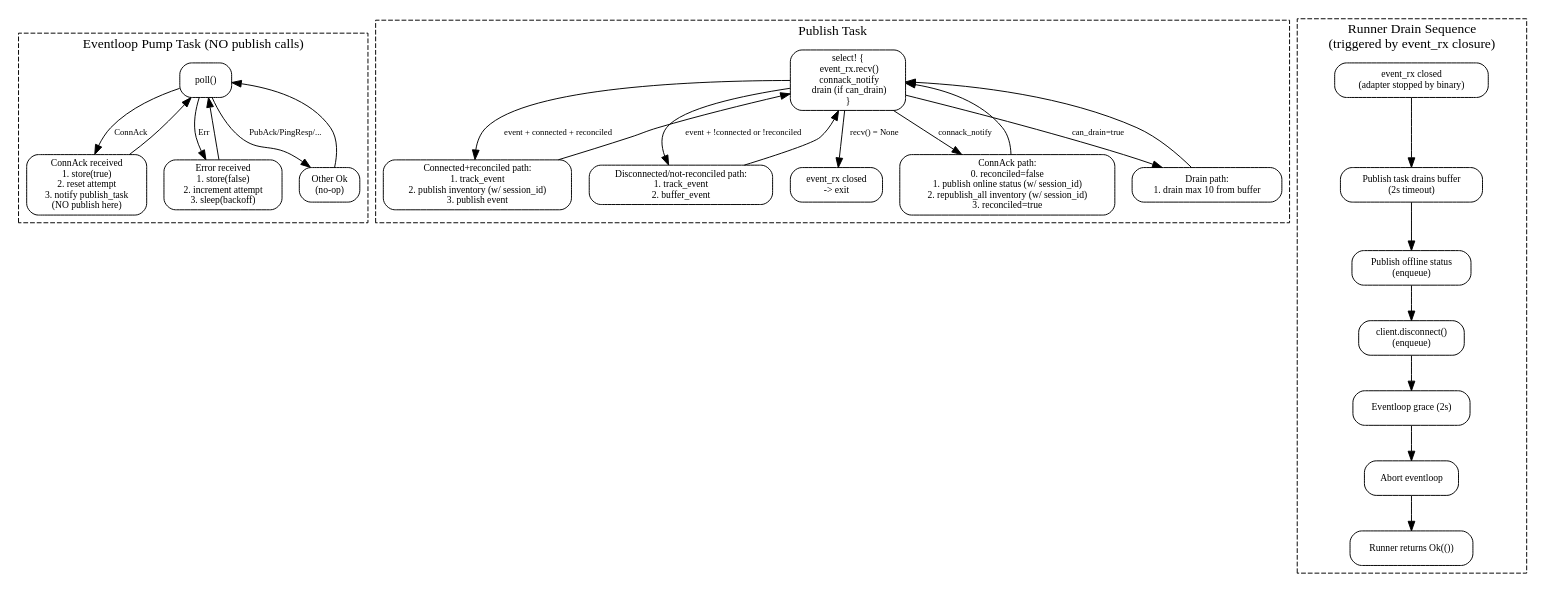
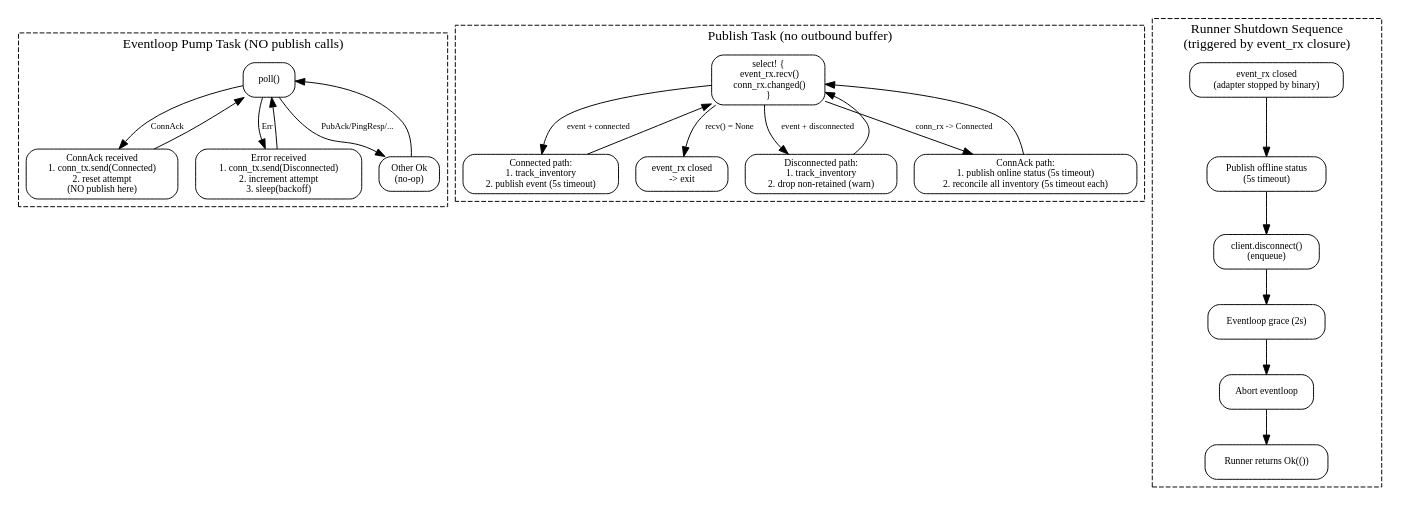
Before and after one commit to w-pinkietech/iotkit: the fourth of 4 diagrams in docs/superpowers/specs/2026-03-29-phase1a-adapter-standalone-design.md, drawn with Graphviz. The commit also changed other lines of this file, not shown here.

First line of the commit message:
docs: fundamental simplification of Phase 1A spec — remove outbound buffer

````diff
--- a/docs/superpowers/specs/2026-03-29-phase1a-adapter-standalone-design.md
+++ b/docs/superpowers/specs/2026-03-29-phase1a-adapter-standalone-design.md
@@ -1788,59 +1733,55 @@
 ```dot
 digraph mqtt_protocol {
     rankdir=TB;
     compound=true;
     node [shape=box, style=rounded, fontsize=10];
     edge [fontsize=9];
 
     subgraph cluster_eventloop {
         label="Eventloop Pump Task (NO publish calls)";
         style=dashed;
         EL_Poll [label="poll()"];
-        EL_ConnAck [label="ConnAck received\n1. store(true)\n2. reset attempt\n3. notify publish_task\n(NO publish here)"];
-        EL_Err [label="Error received\n1. store(false)\n2. increment attempt\n3. sleep(backoff)"];
+        EL_ConnAck [label="ConnAck received\n1. conn_tx.send(Connected)\n2. reset attempt\n(NO publish here)"];
+        EL_Err [label="Error received\n1. conn_tx.send(Disconnected)\n2. increment attempt\n3. sleep(backoff)"];
         EL_Ok [label="Other Ok\n(no-op)"];
 
         EL_Poll -> EL_ConnAck [label="ConnAck"];
         EL_Poll -> EL_Err [label="Err"];
         EL_Poll -> EL_Ok [label="PubAck/PingResp/..."];
         EL_ConnAck -> EL_Poll;
         EL_Err -> EL_Poll;
         EL_Ok -> EL_Poll;
     }
 
     subgraph cluster_publish {
-        label="Publish Task";
+        label="Publish Task (no outbound buffer)";
         style=dashed;
-        PT_Select [label="select! {\n  event_rx.recv()\n  connack_notify\n  drain (if can_drain)\n}"];
-        PT_Event_Connected [label="Connected+reconciled path:\n1. track_event\n2. publish inventory (w/ session_id)\n3. publish event"];
-        PT_Event_Disconnected [label="Disconnected/not-reconciled path:\n1. track_event\n2. buffer_event"];
-        PT_Reconnect [label="ConnAck path:\n0. reconciled=false\n1. publish online status (w/ session_id)\n2. republish_all inventory (w/ session_id)\n3. reconciled=true"];
-        PT_Drain [label="Drain path:\n1. drain max 10 from buffer"];
+        PT_Select [label="select! {\n  event_rx.recv()\n  conn_rx.changed()\n}"];
+        PT_Event_Connected [label="Connected path:\n1. track_inventory\n2. publish event (5s timeout)"];
+        PT_Event_Disconnected [label="Disconnected path:\n1. track_inventory\n2. drop non-retained (warn)"];
+        PT_Reconnect [label="ConnAck path:\n1. publish online status (5s timeout)\n2. reconcile all inventory (5s timeout each)"];
         PT_Exit [label="event_rx closed\n-> exit"];
 
-        PT_Select -> PT_Event_Connected [label="event + connected + reconciled"];
-        PT_Select -> PT_Event_Disconnected [label="event + !connected or !reconciled"];
-        PT_Select -> PT_Reconnect [label="connack_notify"];
-        PT_Select -> PT_Drain [label="can_drain=true"];
+        PT_Select -> PT_Event_Connected [label="event + connected"];
+        PT_Select -> PT_Event_Disconnected [label="event + disconnected"];
+        PT_Select -> PT_Reconnect [label="conn_rx -> Connected"];
         PT_Select -> PT_Exit [label="recv() = None"];
         PT_Event_Connected -> PT_Select;
         PT_Event_Disconnected -> PT_Select;
         PT_Reconnect -> PT_Select;
-        PT_Drain -> PT_Select;
     }
 
     subgraph cluster_shutdown {
-        label="Runner Drain Sequence\n(triggered by event_rx closure)";
+        label="Runner Shutdown Sequence\n(triggered by event_rx closure)";
         style=dashed;
         S1 [label="event_rx closed\n(adapter stopped by binary)"];
-        S2 [label="Publish task drains buffer\n(2s timeout)"];
-        S3 [label="Publish offline status\n(enqueue)"];
-        S4 [label="client.disconnect()\n(enqueue)"];
-        S5 [label="Eventloop grace (2s)"];
-        S6 [label="Abort eventloop"];
-        S7 [label="Runner returns Ok(())"];
+        S2 [label="Publish offline status\n(5s timeout)"];
+        S3 [label="client.disconnect()\n(enqueue)"];
+        S4 [label="Eventloop grace (2s)"];
+        S5 [label="Abort eventloop"];
+        S6 [label="Runner returns Ok(())"];
 
-        S1 -> S2 -> S3 -> S4 -> S5 -> S6 -> S7;
+        S1 -> S2 -> S3 -> S4 -> S5 -> S6;
     }
 }
 ```
````
